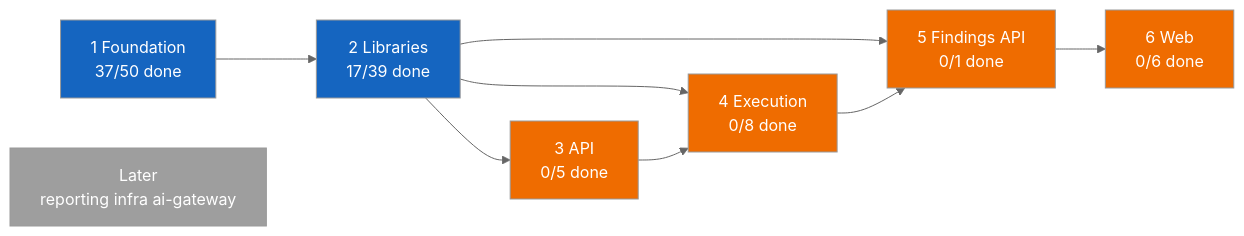
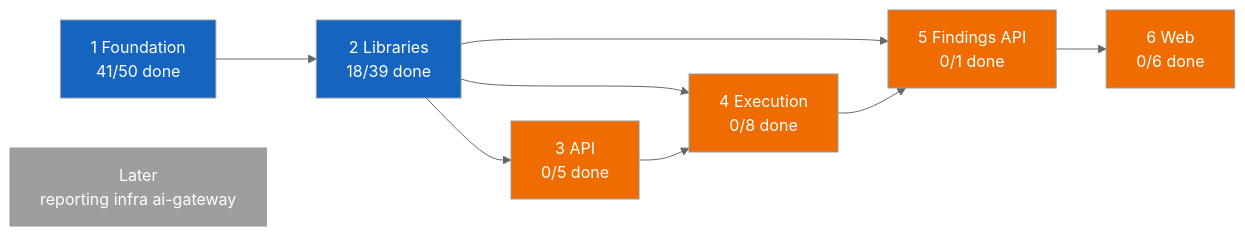
One commit to vulcanflow/docs changed the first of 2 diagrams in PROGRESS.md. Above: the diagram before and after it, drawn with Mermaid (neutral theme). The commit also changed other lines of this file and 1 other file, not shown here.

````diff
--- a/PROGRESS.md
+++ b/PROGRESS.md
@@ -24,31 +24,31 @@
 ```mermaid
 flowchart LR
-  P1["1 Foundation<br/>37/50 done"]
-  P2["2 Libraries<br/>17/39 done"]
+  P1["1 Foundation<br/>41/50 done"]
+  P2["2 Libraries<br/>18/39 done"]
   P3["3 API<br/>0/5 done"]
   P4["4 Execution<br/>0/8 done"]
   P5["5 Findings API<br/>0/1 done"]
   P6["6 Web<br/>0/6 done"]
   L["Later<br/>reporting infra ai-gateway"]
 
   P1 --> P2
   P2 --> P3
   P2 --> P4
   P3 --> P4
   P2 --> P5
   P4 --> P5
   P5 --> P6
 
   classDef done fill:#2e7d32,color:#fff
   classDef active fill:#1565c0,color:#fff
   classDef held fill:#9e9e9e,color:#fff
   classDef blocked fill:#ef6c00,color:#fff
 
   class P1 active
   class P2 active
   class P3 blocked
   class P4 blocked
   class P5 blocked
   class P6 blocked
   class L held
 ```
````
